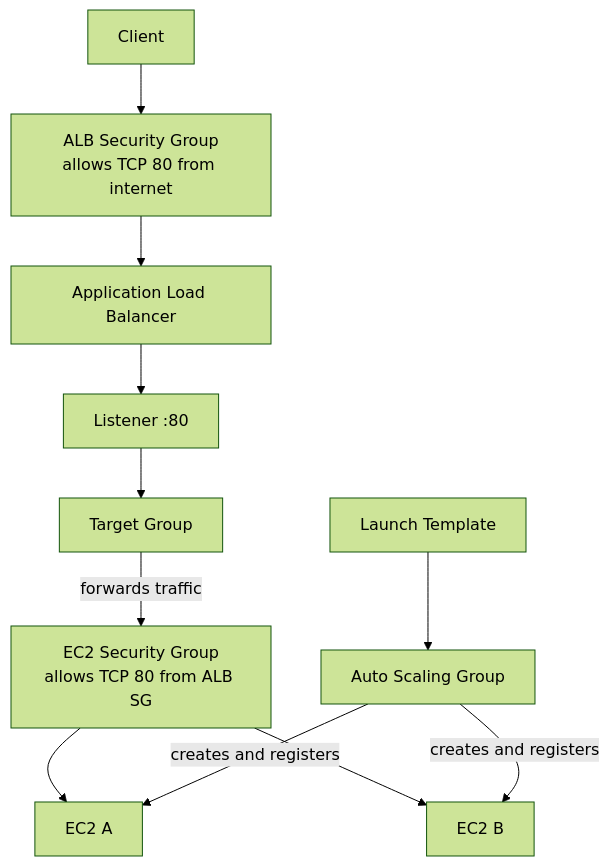
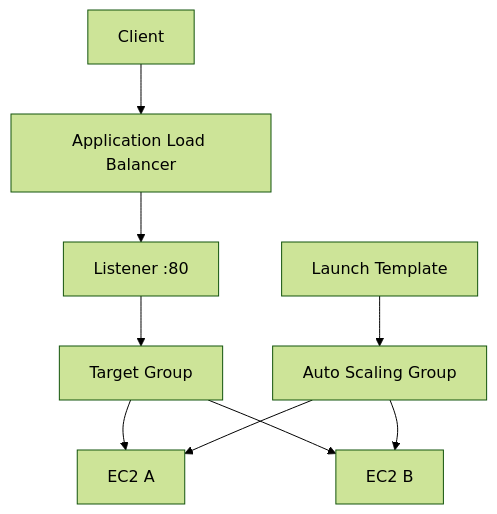
One commit to mohammedhammoud/aws-terraform-labs changed the diagram in projects/07-alb-autoscaling/README.md. Above: the diagram before and after it, drawn with Mermaid (forest theme). The commit also changed other lines of this file and 17 other files, not shown here.

````diff
--- a/projects/07-alb-autoscaling/README.md
+++ b/projects/07-alb-autoscaling/README.md
@@ -11,16 +7,12 @@
 ```mermaid
 flowchart TD
-
-  Client[Client] --> ALBSG[ALB Security Group<br/>allows TCP 80 from internet]
-  ALBSG --> ALB[Application Load Balancer]
+  Client[Client] --> ALB[Application Load Balancer]
   ALB --> Listener[Listener :80]
   Listener --> TG[Target Group]
-
-  TG -- forwards traffic --> EC2SG[EC2 Security Group<br/>allows TCP 80 from ALB SG]
-  EC2SG --> EC2A[EC2 A]
-  EC2SG --> EC2B[EC2 B]
+  TG --> EC2A[EC2 A]
+  TG --> EC2B[EC2 B]
 
   LT[Launch Template] --> ASG[Auto Scaling Group]
-  ASG -- creates and registers --> EC2A
-  ASG -- creates and registers --> EC2B
+  ASG --> EC2A
+  ASG --> EC2B
 ```
````
